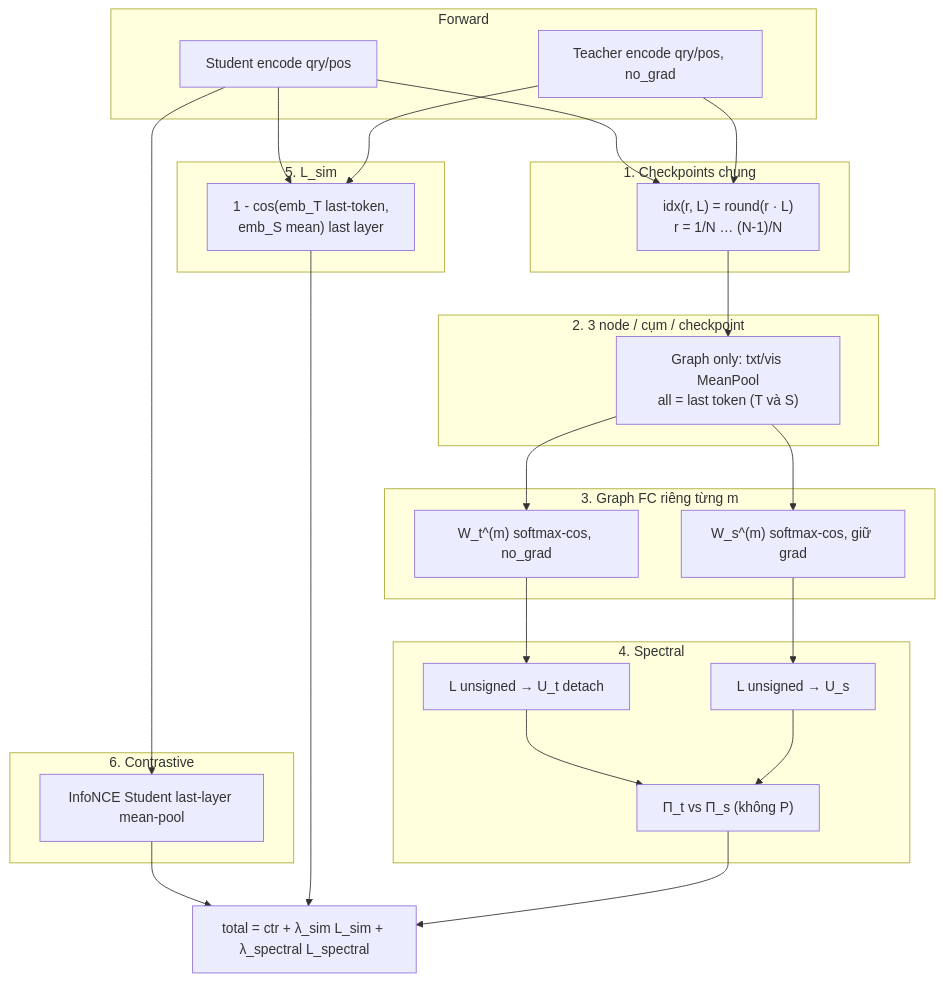
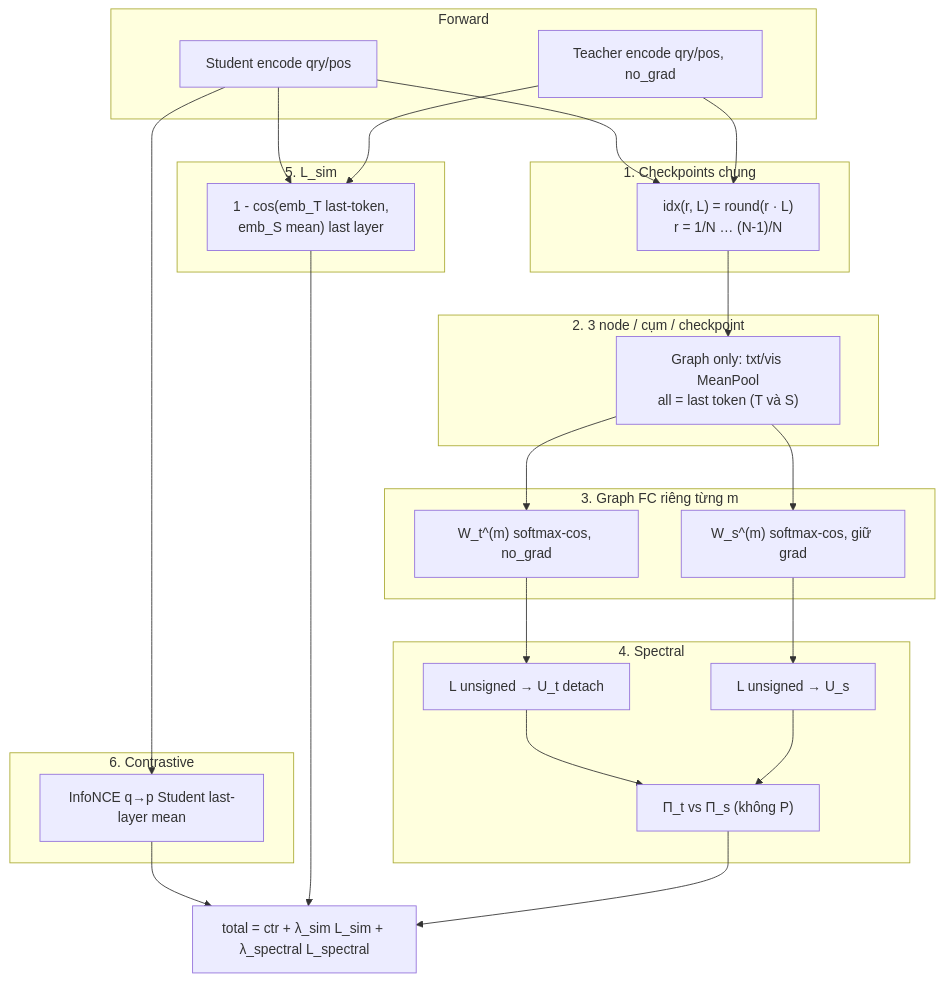
Before and after one commit to aiskylimit/nothing: the diagram in segd_distillation/docs/segd_loss.md, drawn with Mermaid. The commit also changed other lines of this file and 1 other file, not shown here.

Commit message:
Clarify SEGD loss documentation and implementation details. Update contrastive loss description to specify one-way InfoNCE (q→p) and remove references to symmetry. Adjust related comments and documentation to reflect these changes in the loss structure.

````diff
--- a/segd_distillation/docs/segd_loss.md
+++ b/segd_distillation/docs/segd_loss.md
@@ -42,48 +42,48 @@
 ```mermaid
 flowchart TB
     subgraph sg_fwd ["Forward"]
         SQ["Student encode qry/pos"]
         TQ["Teacher encode qry/pos, no_grad"]
     end
 
     subgraph sg_cp ["1. Checkpoints chung"]
         CP["idx(r, L) = round(r · L)<br/>r = 1/N … (N-1)/N"]
     end
 
     subgraph sg_nodes ["2. 3 node / cụm / checkpoint"]
         ND["Graph only: txt/vis MeanPool<br/>all = last token (T và S)"]
     end
 
     subgraph sg_graph ["3. Graph FC riêng từng m"]
         GT["W_t^(m) softmax-cos, no_grad"]
         GS["W_s^(m) softmax-cos, giữ grad"]
     end
 
     subgraph sg_spec ["4. Spectral"]
         LT["L unsigned → U_t detach"]
         LS["L unsigned → U_s"]
         KD["Π_t vs Π_s  (không P)"]
     end
 
     subgraph sg_sim ["5. L_sim"]
         SIM["1 - cos(emb_T last-token,<br/>emb_S mean) last layer"]
     end
 
     subgraph sg_ctr ["6. Contrastive"]
-        CE["InfoNCE Student last-layer mean-pool"]
+        CE["InfoNCE q→p Student last-layer mean"]
     end
 
     TOTAL["total = ctr + λ_sim L_sim + λ_spectral L_spectral"]
 
     SQ --> CP
     TQ --> CP
     CP --> ND
     ND --> GT --> LT --> KD
     ND --> GS --> LS --> KD
     SQ --> SIM
     TQ --> SIM
     SQ --> CE
     CE --> TOTAL
     SIM --> TOTAL
     KD --> TOTAL
 ```
````
